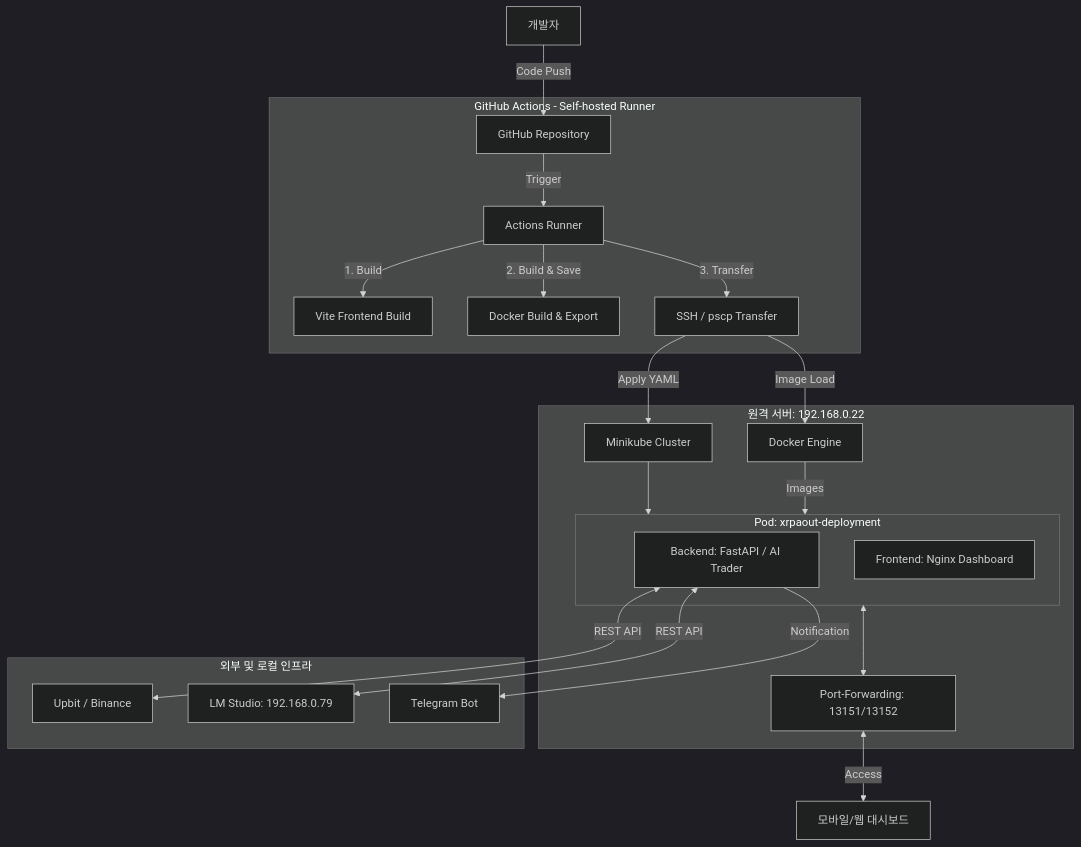
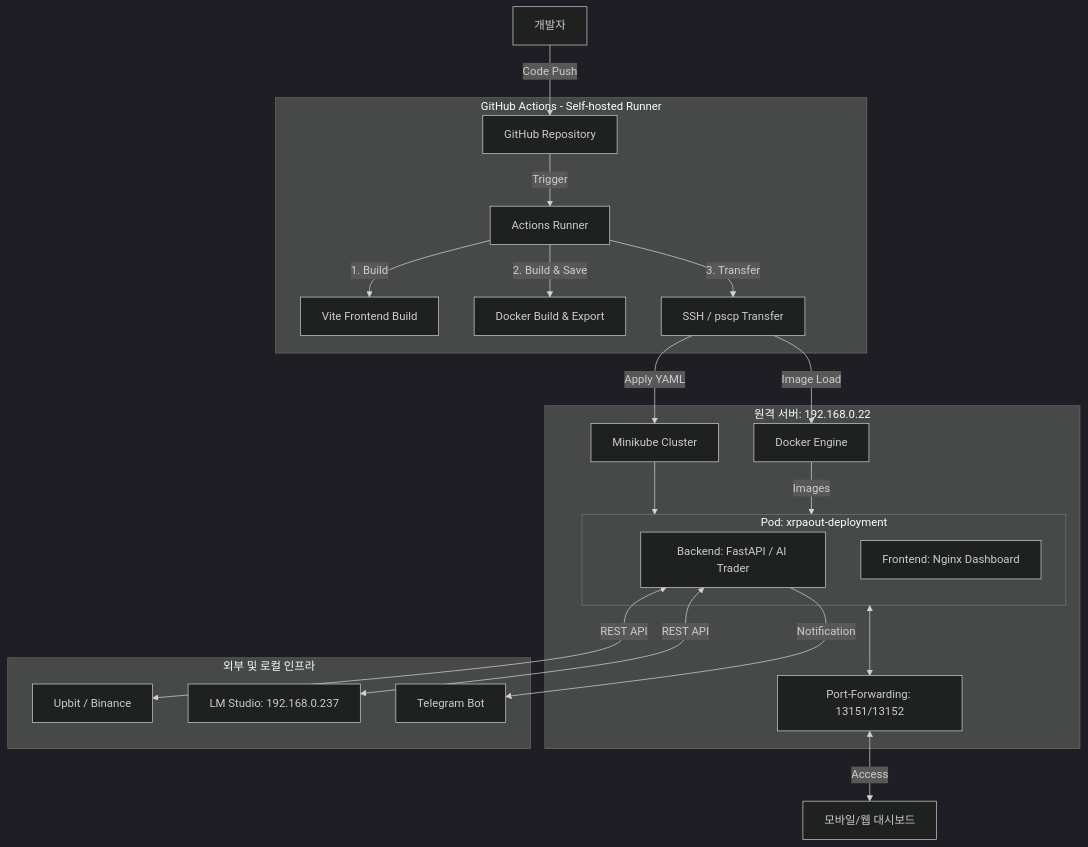
Before and after one commit to krhensam-alt/xrpaout: the diagram in SKILL.md, drawn with Mermaid (dark theme). The commit also changed other lines of this file and 1 other file, not shown here.

Commit message:
chore: update LM Studio base URL to 192.168.0.237

````diff
--- a/SKILL.md
+++ b/SKILL.md
@@ -12,41 +12,41 @@
 ```mermaid
 graph TD
     %% 사용자 및 소스 제어
     DEV[개발자] -->|Code Push| GITHUB[GitHub Repository]
 
     %% CI/CD 파이프라인
     subgraph CI_CD [GitHub Actions - Self-hosted Runner]
         GITHUB -->|Trigger| RUNNER[Actions Runner]
         RUNNER -->|1. Build| FE_BUILD[Vite Frontend Build]
         RUNNER -->|2. Build & Save| DOCKER_IMAGE[Docker Build & Export]
         RUNNER -->|3. Transfer| SSH_TRANSFER[SSH / pscp Transfer]
     end
 
     %% 원격 배포 환경
     subgraph RemoteServer [원격 서버: 192.168.0.22]
         SSH_TRANSFER -->|Image Load| R_DOCKER[Docker Engine]
         SSH_TRANSFER -->|Apply YAML| R_K8S[Minikube Cluster]
         
         subgraph K8S_Pod [Pod: xrpaout-deployment]
             BACKEND[Backend: FastAPI / AI Trader]
             FRONTEND[Frontend: Nginx Dashboard]
         end
         
         R_K8S --> K8S_Pod
         R_DOCKER -->|Images| K8S_Pod
         
         %% 포트 포워딩 레이어
         PF[Port-Forwarding: 13151/13152]
         K8S_Pod <--> PF
     end
 
     %% 외부 및 로컬 서비스
     subgraph Infrastructure [외부 및 로컬 인프라]
         BACKEND <-->|REST API| EXCHANGES[Upbit / Binance]
-        BACKEND <-->|REST API| LMSTUDIO[LM Studio: 192.168.0.79]
+        BACKEND <-->|REST API| LMSTUDIO[LM Studio: 192.168.0.237]
         BACKEND -->|Notification| TELEGRAM[Telegram Bot]
     end
 
     %% 사용자 접속
     PF <-->|Access| MOBILE[모바일/웹 대시보드]
 ```
````
